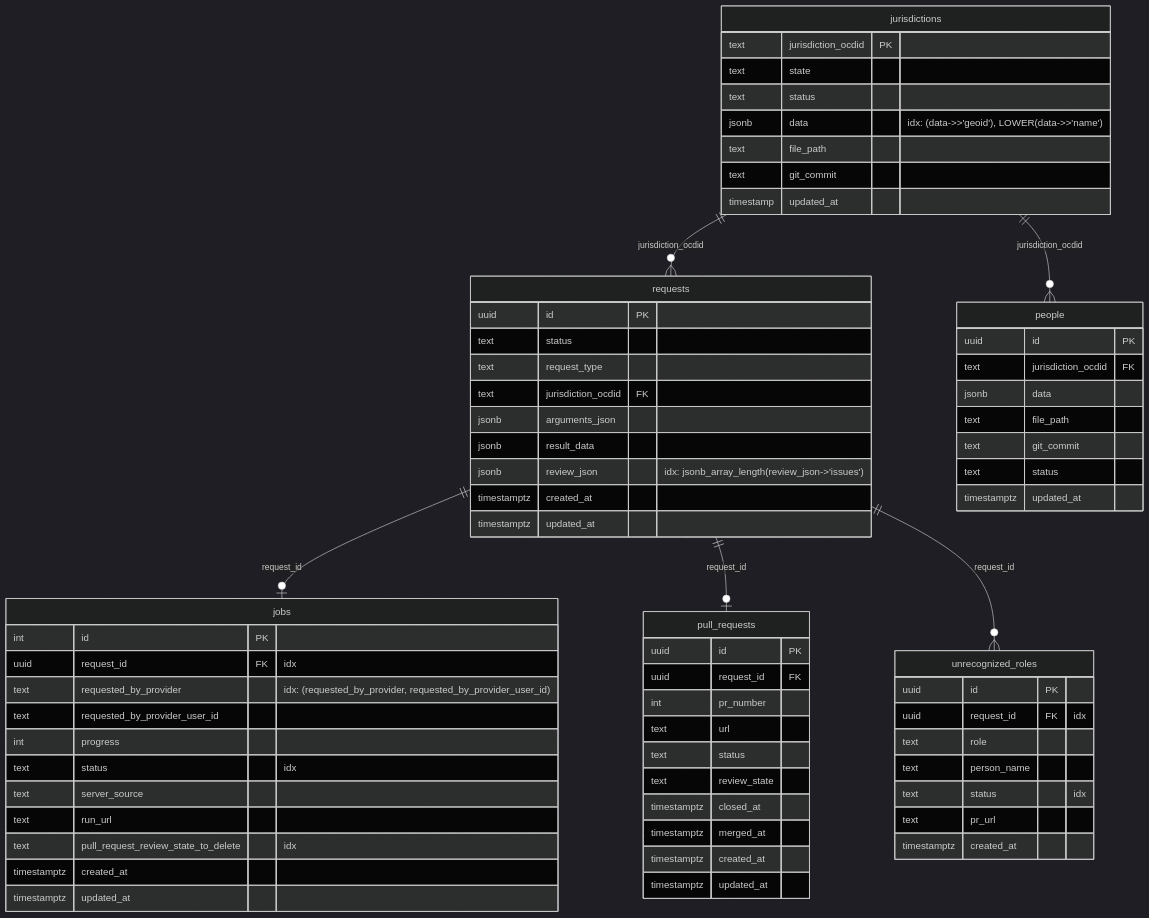
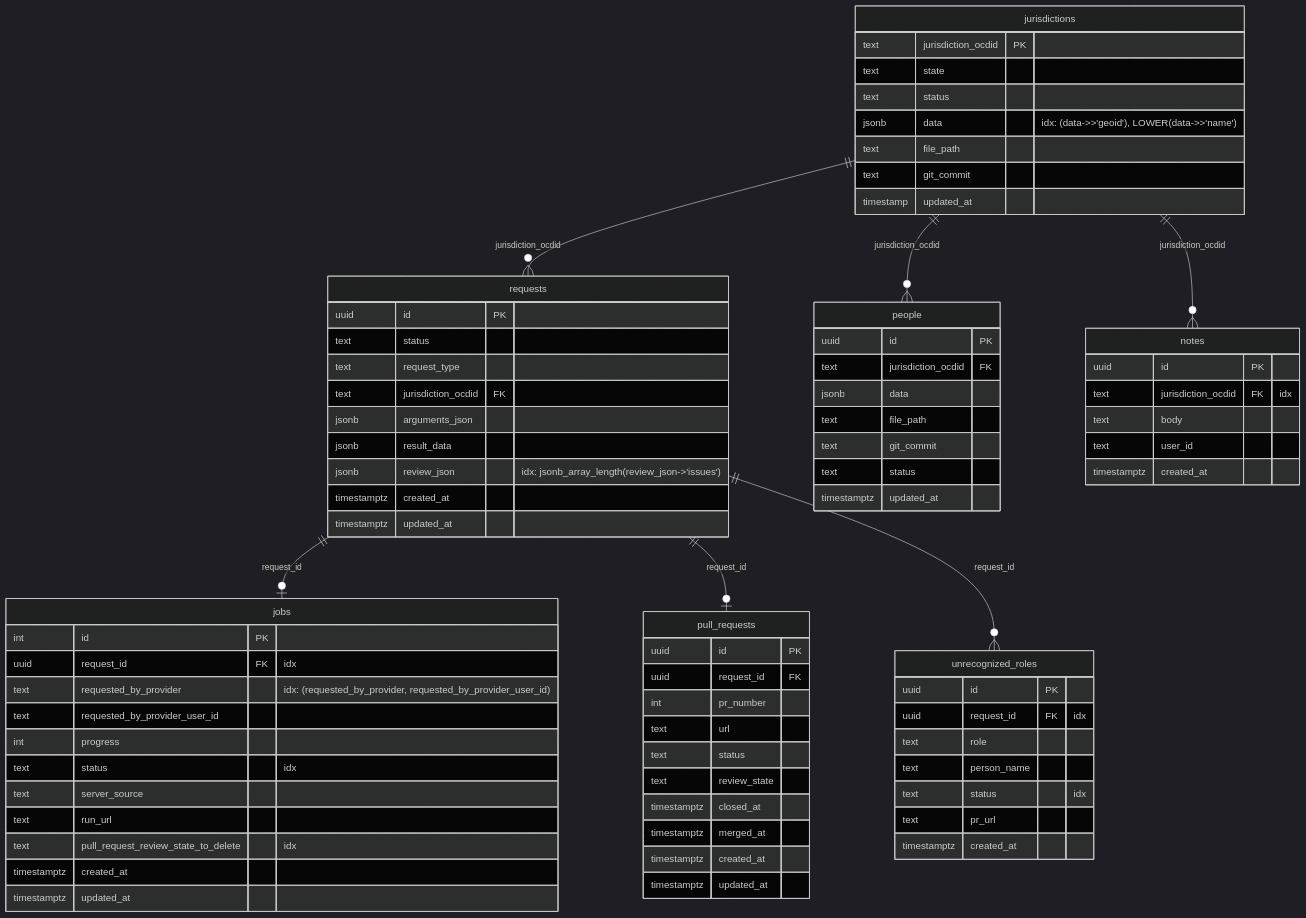
One commit to CivicPatch/civicpatch-tools changed the diagram in api.civicpatch.org/README.md. Above: the diagram before and after it, drawn with Mermaid (dark theme). The commit also changed 28 other files, not shown here.

Commit message:
Add notes CRUD to jurisdictions page

```diff
--- a/api.civicpatch.org/README.md
+++ b/api.civicpatch.org/README.md
@@ -178,8 +178,17 @@
         timestamptz created_at
     }
 
+    notes {
+        uuid id PK
+        text jurisdiction_ocdid FK "idx"
+        text body
+        text user_id
+        timestamptz created_at
+    }
+
     jurisdictions ||--o{ requests : "jurisdiction_ocdid"
     jurisdictions ||--o{ people : "jurisdiction_ocdid"
+    jurisdictions ||--o{ notes : "jurisdiction_ocdid"
     requests ||--o| jobs : "request_id"
     requests ||--o| pull_requests : "request_id"
     requests ||--o{ unrecognized_roles : "request_id"
```
